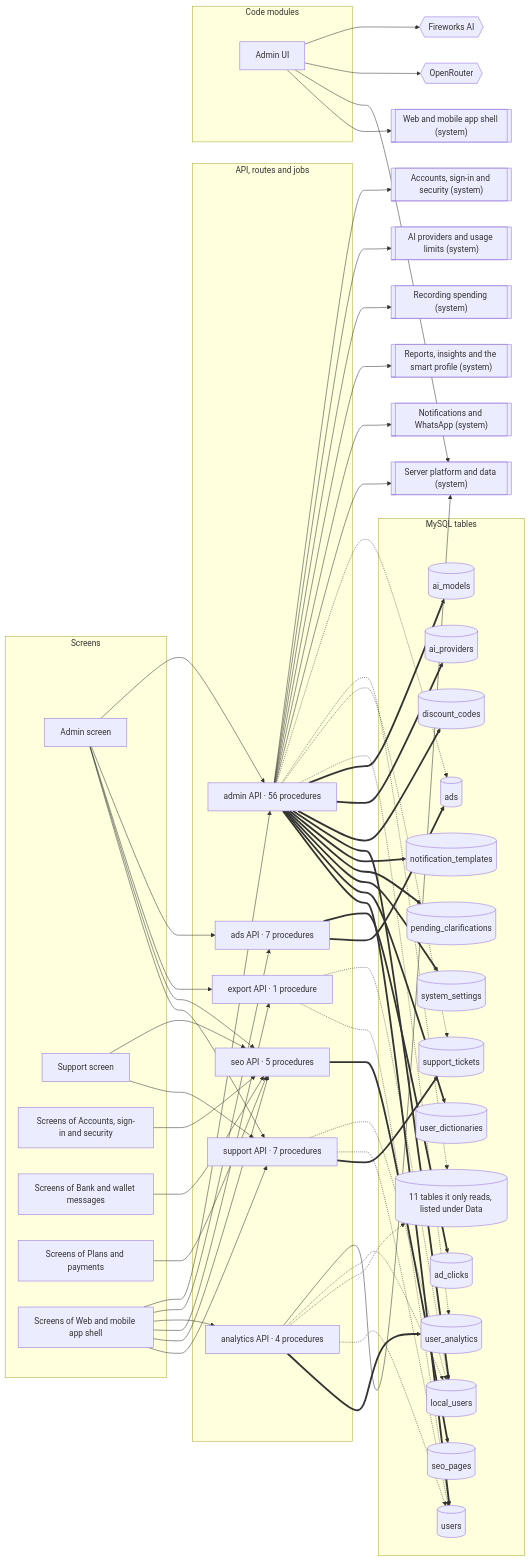
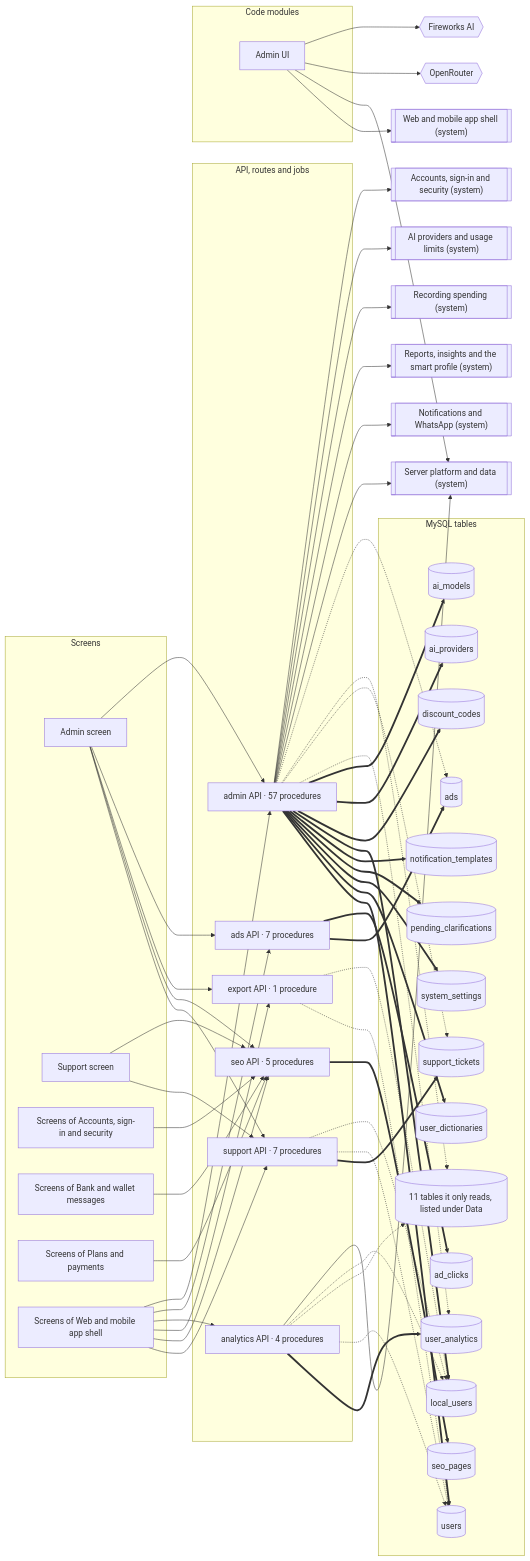
Before and after one commit to mahmoudtaherr111/smartspend_mini_all: the diagram in docs/atlas/systems/admin.md, drawn with Mermaid. The commit also changed other lines of this file and 18 other files, not shown here.

```diff
--- a/docs/atlas/systems/admin.md
+++ b/docs/atlas/systems/admin.md
@@ -21,7 +21,7 @@
     screens_web_app["Screens of Web and mobile app shell"]
   end
   subgraph g_api["API, routes and jobs"]
-    router_admin["admin API · 56 procedures"]
+    router_admin["admin API · 57 procedures"]
     router_ads["ads API · 7 procedures"]
     router_analytics["analytics API · 4 procedures"]
     router_export["export API · 1 procedure"]
```
